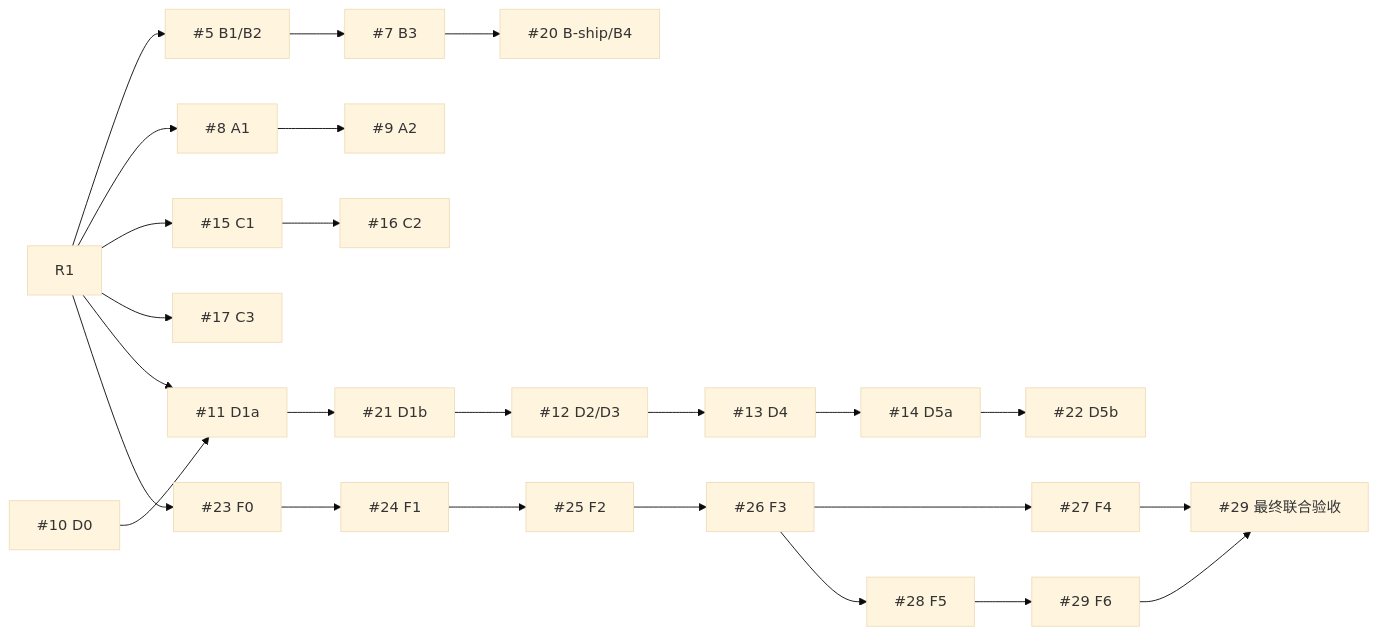
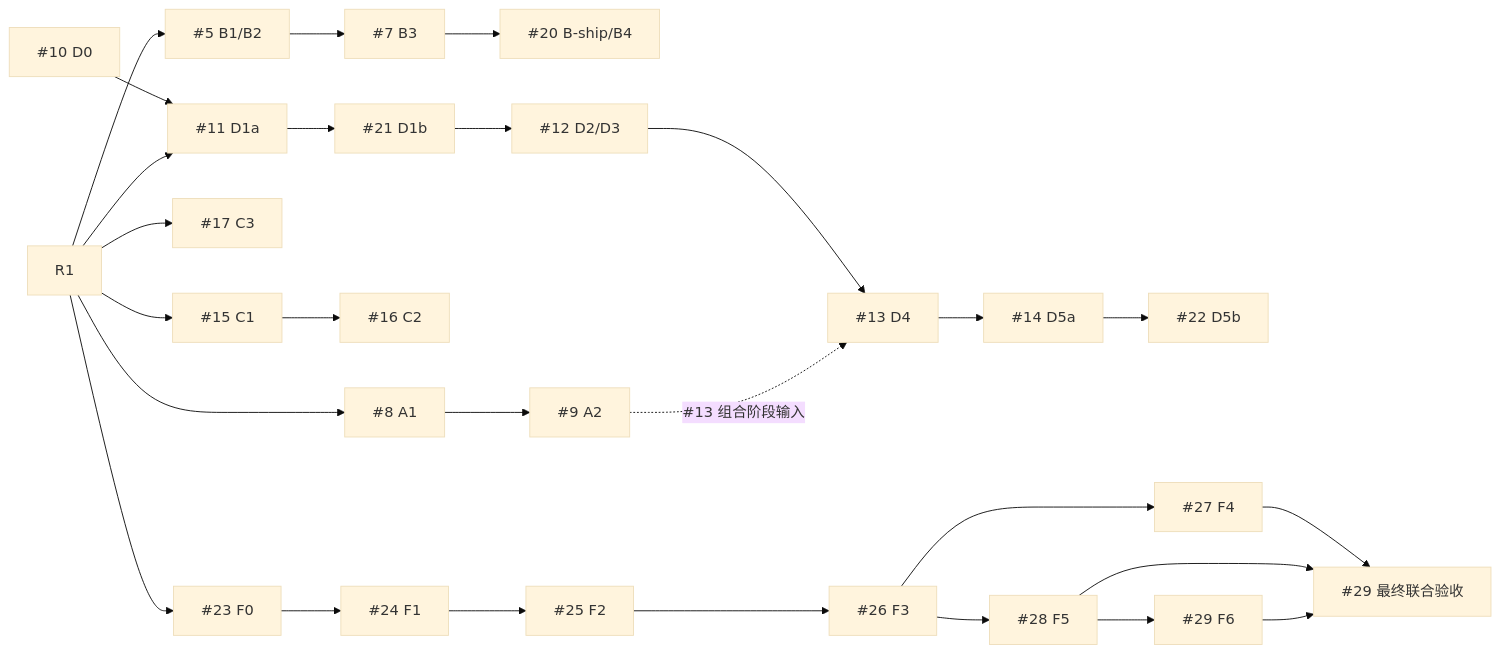
Before and after one commit to xurunxin/WorkMesh: the diagram in docs/plan/2026-10-07-activation-onboarding-and-china-ecosystem.md, drawn with Mermaid (base theme). The commit also changed other lines of this file and 29 other files, not shown here.

````diff
--- a/docs/plan/2026-10-07-activation-onboarding-and-china-ecosystem.md
+++ b/docs/plan/2026-10-07-activation-onboarding-and-china-ecosystem.md
@@ -115,14 +117,16 @@
 ```mermaid
 graph LR
  R1 --> B5["#5 B1/B2"] --> B7["#7 B3"] --> B20["#20 B-ship/B4"]
  R1 --> A8["#8 A1"] --> A9["#9 A2"]
  R1 --> C15["#15 C1"] --> C16["#16 C2"]
  R1 --> C17["#17 C3"]
  D0["#10 D0"] --> D11["#11 D1a"] --> D21["#21 D1b"] --> D12["#12 D2/D3"] --> D13["#13 D4"] --> D14["#14 D5a"] --> D22["#22 D5b"]
+ A9 -. "#13 组合阶段输入" .-> D13
  R1 --> D11
  R1 --> F23["#23 F0"] --> F24["#24 F1"] --> F25["#25 F2"] --> F26["#26 F3"]
  F26 --> F27["#27 F4"]
  F26 --> F28["#28 F5"] --> F29["#29 F6"]
  F27 --> J["#29 最终联合验收"]
+ F28 --> J
  F29 --> J
 ```
````
